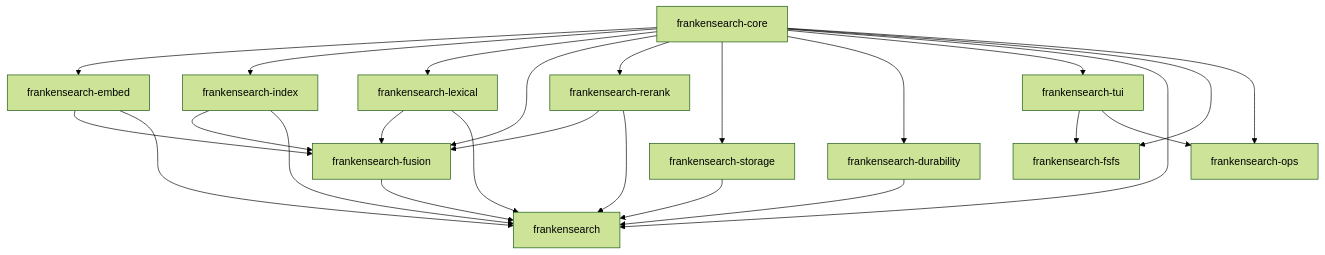
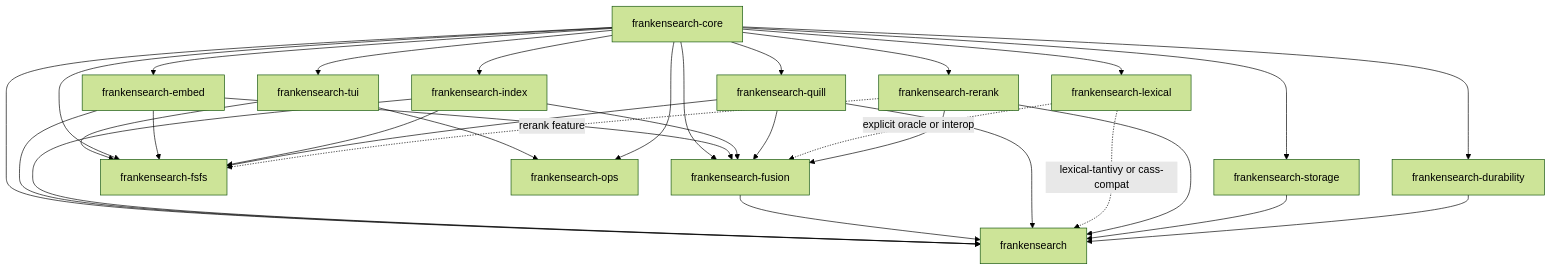
Before and after one commit to Dicklesworthstone/frankensearch: the first of 2 diagrams in docs/architecture.md, drawn with Mermaid (forest theme). The commit also changed other lines of this file and 4 other files, not shown here.

First line of the commit message:
docs: native rerank is on the fsfs search path; fusion in the map

````diff
--- a/docs/architecture.md
+++ b/docs/architecture.md
@@ -48,43 +48,51 @@
 ```mermaid
 graph TD
   core[frankensearch-core]
   embed[frankensearch-embed]
   index[frankensearch-index]
+  quill[frankensearch-quill]
   lexical[frankensearch-lexical]
   fusion[frankensearch-fusion]
   rerank[frankensearch-rerank]
   storage[frankensearch-storage]
   durability[frankensearch-durability]
   tui[frankensearch-tui]
   fsfs[frankensearch-fsfs]
   ops[frankensearch-ops]
   facade[frankensearch]
 
   core --> embed
   core --> index
+  core --> quill
   core --> lexical
   core --> fusion
   core --> rerank
   core --> storage
   core --> durability
   core --> tui
 
   embed --> fusion
   index --> fusion
-  lexical --> fusion
+  quill --> fusion
+  lexical -. explicit oracle or interop .-> fusion
   rerank --> fusion
 
   core --> facade
   embed --> facade
   index --> facade
   fusion --> facade
-  lexical --> facade
+  quill --> facade
+  lexical -. lexical-tantivy or cass-compat .-> facade
   rerank --> facade
   storage --> facade
   durability --> facade
 
   tui --> fsfs
   core --> fsfs
+  embed --> fsfs
+  index --> fsfs
+  quill --> fsfs
+  rerank -. rerank feature .-> fsfs
   tui --> ops
   core --> ops
 ```
````
